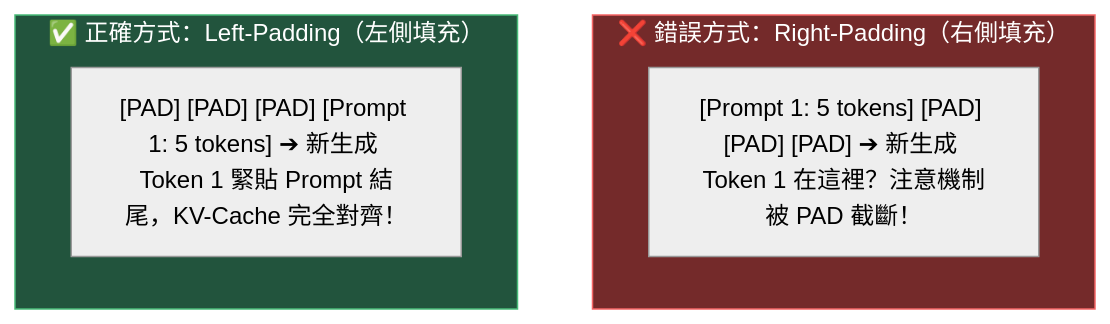
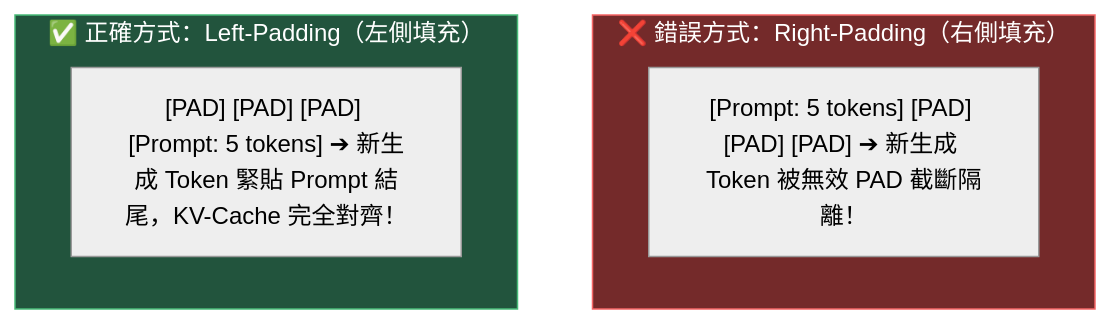
The third of 4 diagrams in rlvr/tutorials/01_data.md (cwleung/post-training), drawn with Mermaid (neutral theme) before and after one commit. The commit also changed other lines of this file and 46 other files, not shown here.

````diff
--- a/rlvr/tutorials/01_data.md
+++ b/rlvr/tutorials/01_data.md
@@ -168,15 +90,15 @@
 ```mermaid
 graph TD
     subgraph RightPadding["❌ 錯誤方式：Right-Padding（右側填充）"]
-        R1["[Prompt 1: 5 tokens] [PAD] [PAD] [PAD] ➔ 新生成 Token 1 在這裡？注意機制被 PAD 截斷！"]
+        R1["[Prompt: 5 tokens] [PAD] [PAD] [PAD] ➔ 新生成 Token 被無效 PAD 截斷隔離！"]
     end
 
     subgraph LeftPadding["✅ 正確方式：Left-Padding（左側填充）"]
-        L1["[PAD] [PAD] [PAD] [Prompt 1: 5 tokens] ➔ 新生成 Token 1 緊貼 Prompt 結尾，KV-Cache 完全對齊！"]
+        L1["[PAD] [PAD] [PAD] [Prompt: 5 tokens] ➔ 新生成 Token 緊貼 Prompt 結尾，KV-Cache 完全對齊！"]
     end
 
     classDef err fill:#742a2a,stroke:#f56565,color:#fff;
     classDef ok fill:#22543d,stroke:#48bb78,color:#fff;
     class RightPadding err;
     class LeftPadding ok;
 ```
````
